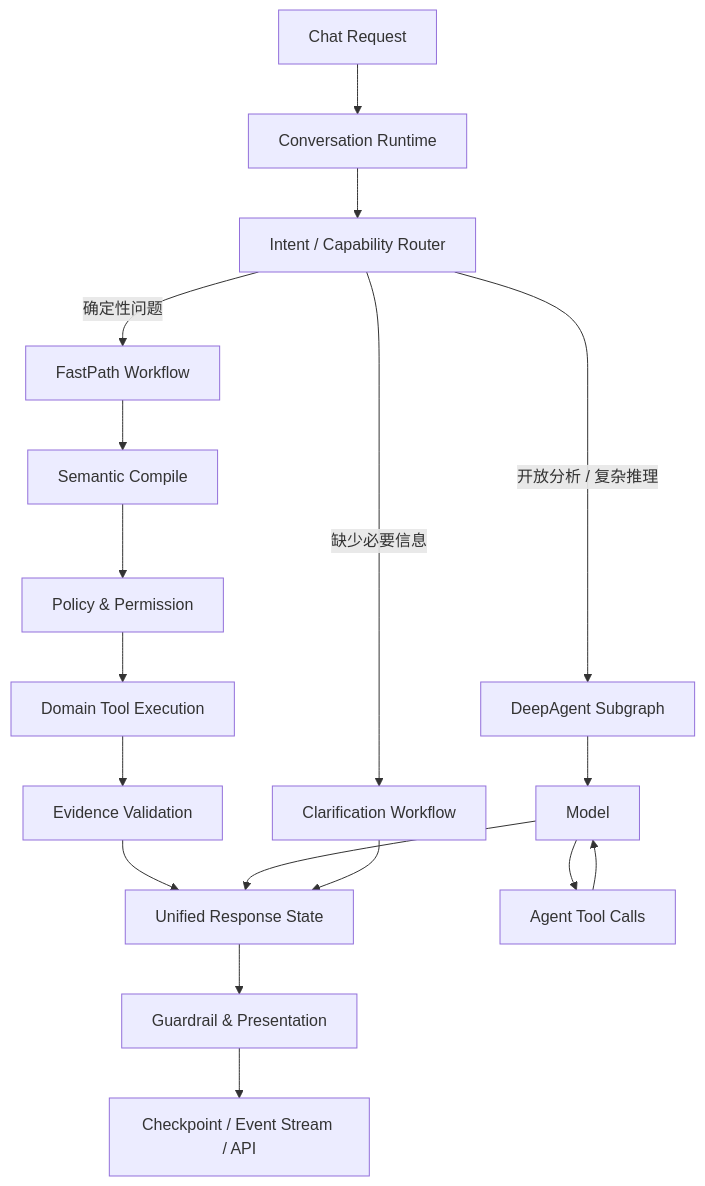
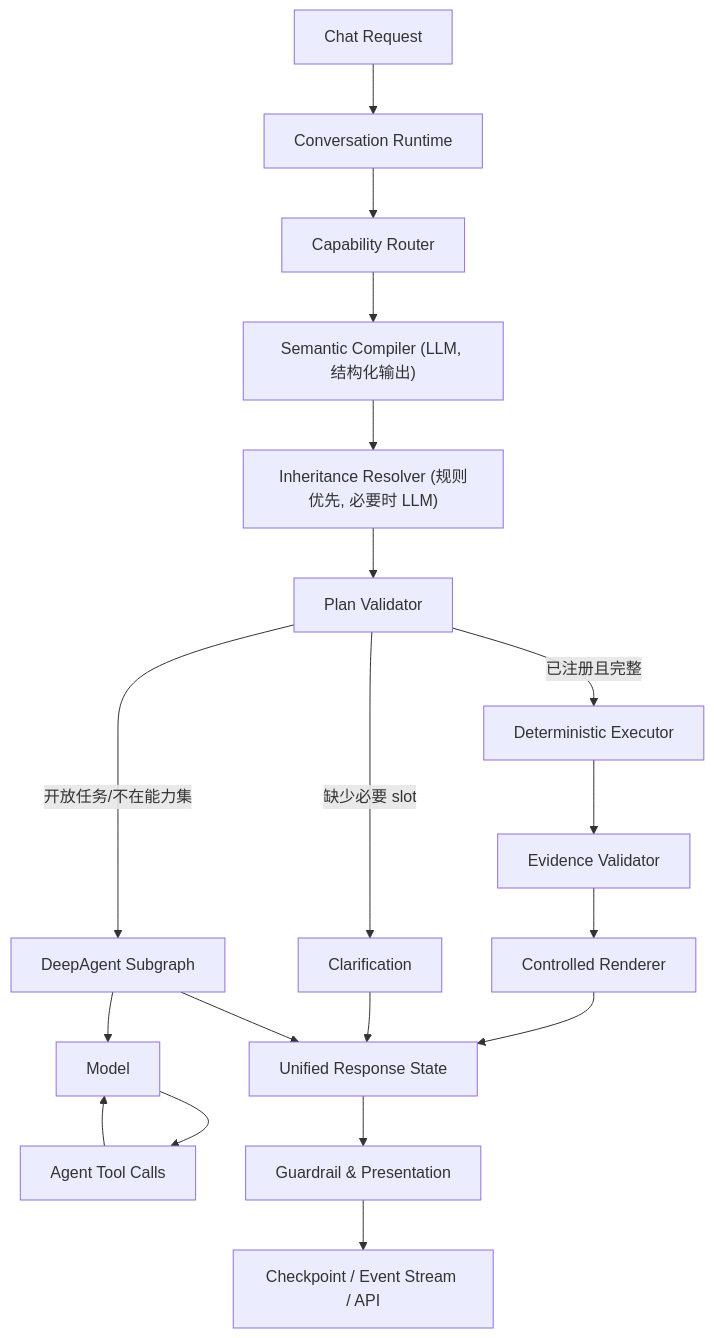
Before and after one commit to kris1985/erp: the first of 2 diagrams in docs/design/agent-orchestration-runtime.md, drawn with Mermaid. The commit also changed other lines of this file and 5 other files, not shown here.

First line of the commit message:
feat(P1): Bounded Semantic Workflow 子图（架构重构第二步，修正版）

````diff
--- a/docs/design/agent-orchestration-runtime.md
+++ b/docs/design/agent-orchestration-runtime.md
@@ -24,24 +24,26 @@
 ```mermaid
 flowchart TD
     A["Chat Request"] --> B["Conversation Runtime"]
-    B --> C["Intent / Capability Router"]
+    B --> C["Capability Router"]
 
-    C -->|"确定性问题"| D["FastPath Workflow"]
-    C -->|"开放分析 / 复杂推理"| E["DeepAgent Subgraph"]
-    C -->|"缺少必要信息"| F["Clarification Workflow"]
+    C --> D["Semantic Compiler (LLM, 结构化输出)"]
+    D --> E["Inheritance Resolver (规则优先, 必要时 LLM)"]
+    E --> F["Plan Validator"]
 
-    D --> D1["Semantic Compile"]
-    D1 --> D2["Policy & Permission"]
-    D2 --> D3["Domain Tool Execution"]
-    D3 --> D4["Evidence Validation"]
-    D4 --> G["Unified Response State"]
+    F -->|"已注册且完整"| G["Deterministic Executor"]
+    G --> H["Evidence Validator"]
+    H --> I["Controlled Renderer"]
 
-    E --> E1["Model"]
-    E1 --> E2["Agent Tool Calls"]
-    E2 --> E1
-    E1 --> G
+    F -->|"缺少必要 slot"| J["Clarification"]
 
-    F --> G
-    G --> H["Guardrail & Presentation"]
-    H --> I["Checkpoint / Event Stream / API"]
+    F -->|"开放任务/不在能力集"| K["DeepAgent Subgraph"]
+    K --> K1["Model"]
+    K1 --> K2["Agent Tool Calls"]
+    K2 --> K1
+
+    I --> L["Unified Response State"]
+    J --> L
+    K --> L
+    L --> M["Guardrail & Presentation"]
+    M --> N["Checkpoint / Event Stream / API"]
 ```
````
